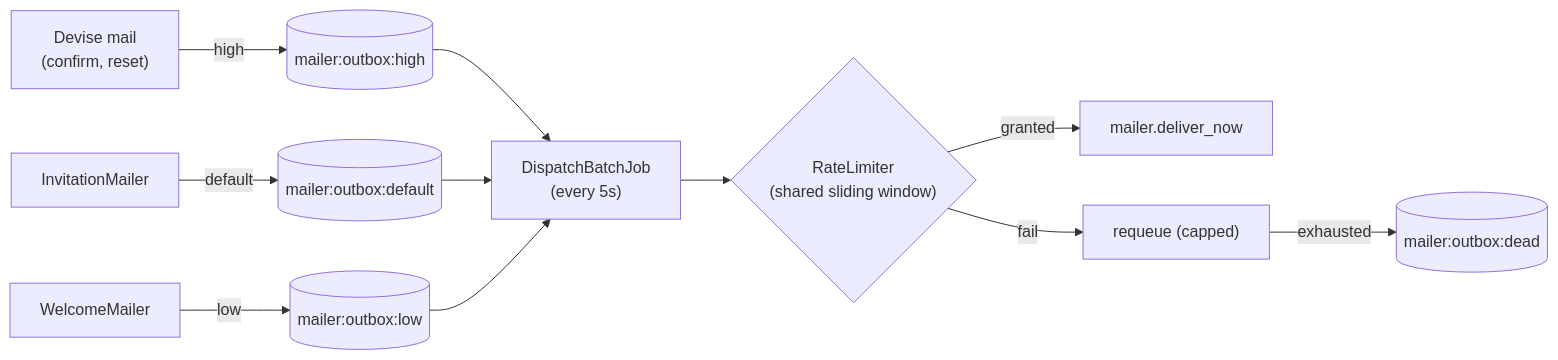
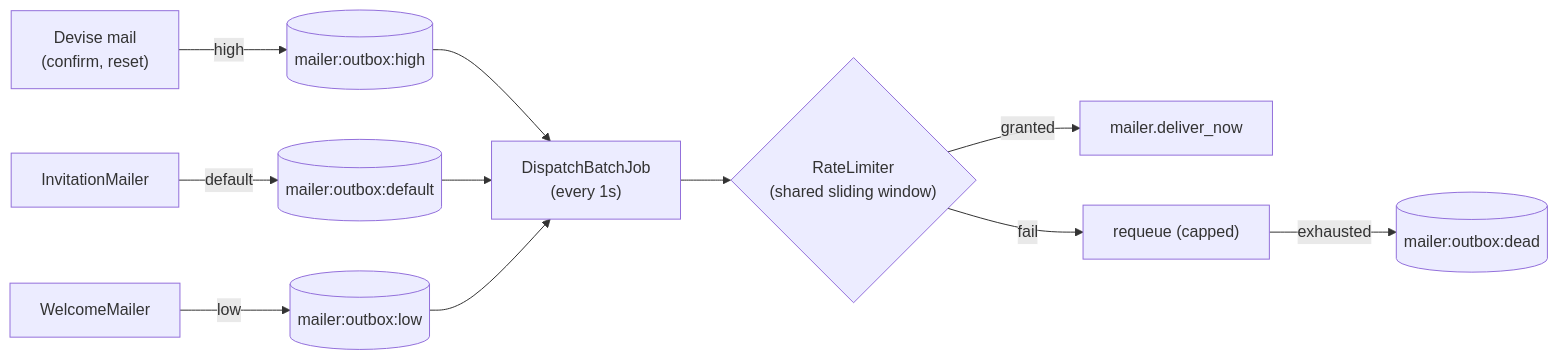
The second of 3 diagrams in docs/centralized_email_and_notifications.md (veryahsan/code_nest), drawn with Mermaid before and after one commit. The commit also changed other lines of this file and 3 other files, not shown here.

````diff
--- a/docs/centralized_email_and_notifications.md
+++ b/docs/centralized_email_and_notifications.md
@@ -36,13 +36,13 @@
 ```mermaid
 flowchart LR
   dev["Devise mail<br/>(confirm, reset)"] -->|high| hi[("mailer:outbox:high")]
   inv["InvitationMailer"] -->|default| def[("mailer:outbox:default")]
   wel["WelcomeMailer"] -->|low| lo[("mailer:outbox:low")]
-  hi --> job["DispatchBatchJob<br/>(every 5s)"]
+  hi --> job["DispatchBatchJob<br/>(every 1s)"]
   def --> job
   lo --> job
   job --> rl{"RateLimiter<br/>(shared sliding window)"}
   rl -->|granted| send["mailer.deliver_now"]
   rl -->|fail| rq["requeue (capped)"]
   rq -->|exhausted| dead[("mailer:outbox:dead")]
 ```
````
